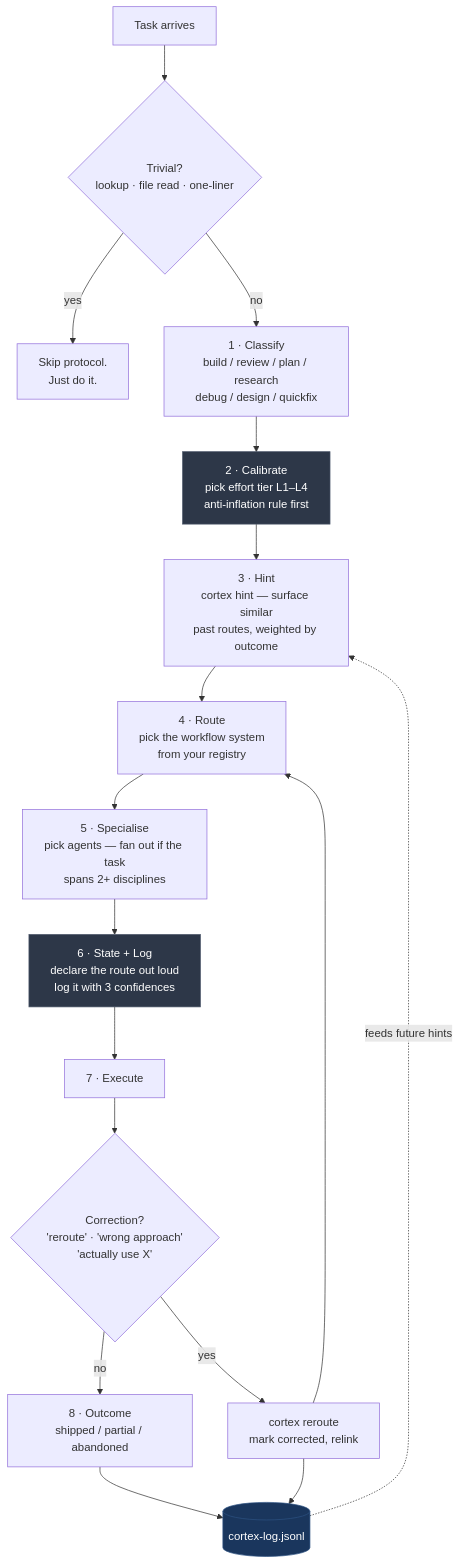
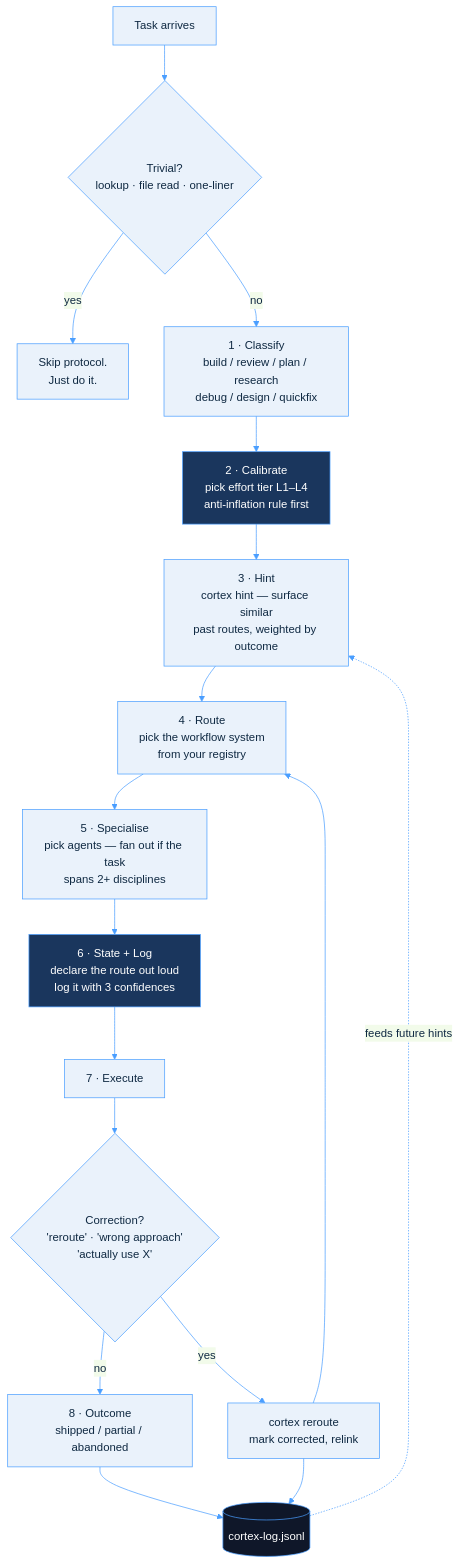
One commit to amitvijapur/cortex changed the first of 4 diagrams in README.md. Above: the diagram before and after it, drawn with Mermaid. The commit also changed other lines of this file, not shown here.

Commit message:
docs: re-theme mermaid diagrams to steel-blue palette; add multi-agent install (Cursor, Codex, Gemini CLI, Aider, Windsurf)

````diff
--- a/README.md
+++ b/README.md
@@ -123,22 +154,23 @@
 ```mermaid
+%%{init: {'theme':'base','themeVariables':{'lineColor':'#4a9eff','primaryColor':'#eaf2fb','primaryTextColor':'#0f2942','primaryBorderColor':'#4a9eff','fontFamily':'ui-sans-serif, system-ui, sans-serif'}}}%%
 flowchart TD
     A[Task arrives] --> B{Trivial?<br/>lookup · file read · one-liner}
     B -->|yes| Z[Skip protocol.<br/>Just do it.]
     B -->|no| C[1 · Classify<br/>build / review / plan / research<br/>debug / design / quickfix]
     C --> D[2 · Calibrate<br/>pick effort tier L1–L4<br/>anti-inflation rule first]
     D --> E[3 · Hint<br/>cortex hint — surface similar<br/>past routes, weighted by outcome]
     E --> F[4 · Route<br/>pick the workflow system<br/>from your registry]
     F --> G[5 · Specialise<br/>pick agents — fan out if the task<br/>spans 2+ disciplines]
     G --> H[6 · State + Log<br/>declare the route out loud<br/>log it with 3 confidences]
     H --> I[7 · Execute]
     I --> J{Correction?<br/>'reroute' · 'wrong approach'<br/>'actually use X'}
     J -->|yes| K[cortex reroute<br/>mark corrected, relink] --> F
     J -->|no| L[8 · Outcome<br/>shipped / partial / abandoned]
     L --> M[(cortex-log.jsonl)]
     K --> M
     M -.feeds future hints.-> E
 
-    style D fill:#2d3748,stroke:#4a5568,color:#fff
-    style H fill:#2d3748,stroke:#4a5568,color:#fff
-    style M fill:#1a365d,stroke:#2c5282,color:#fff
+    style D fill:#1a365d,stroke:#4a9eff,color:#fff
+    style H fill:#1a365d,stroke:#4a9eff,color:#fff
+    style M fill:#0f1729,stroke:#4a9eff,color:#fff
 ```
````
